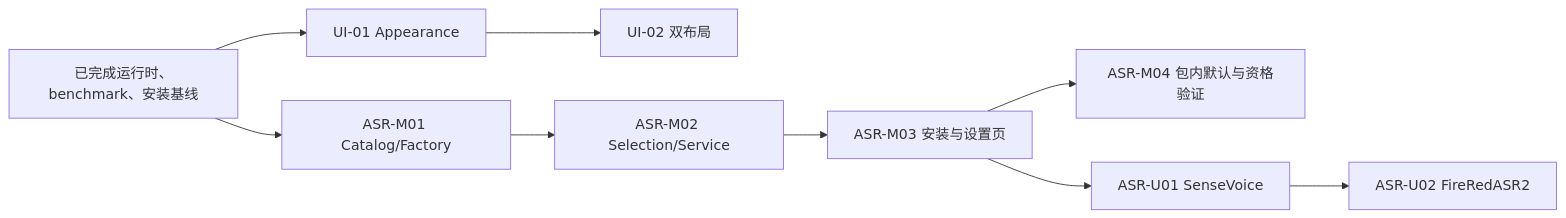
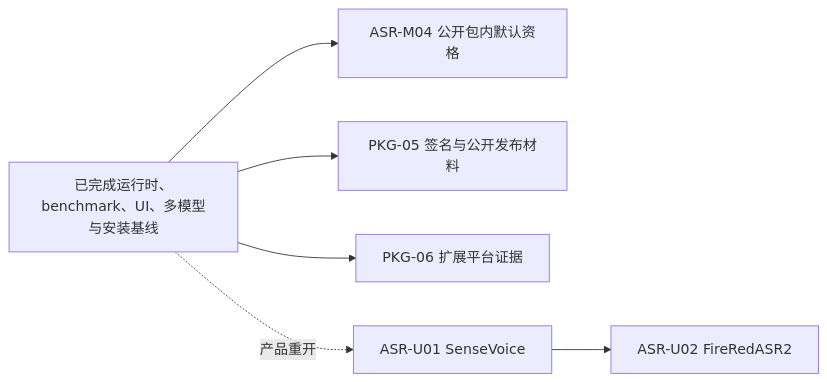
The diagram in docs/roadmap.md (morigejile/expression-trainer-pro), drawn with Mermaid before and after one commit. The commit also changed other lines of this file and 13 other files, not shown here.

First line of the commit message:
chore: align architecture docs and maintenance checks

````diff
--- a/docs/roadmap.md
+++ b/docs/roadmap.md
@@ -18,11 +18,8 @@
 ```mermaid
 flowchart LR
-  B[已完成运行时、benchmark、安装基线] --> UI1[UI-01 Appearance]
-  UI1 --> UI2[UI-02 双布局]
-  B --> M1[ASR-M01 Catalog/Factory]
-  M1 --> M2[ASR-M02 Selection/Service]
-  M2 --> M3[ASR-M03 安装与设置页]
-  M3 --> M4[ASR-M04 包内默认与资格验证]
-  M3 --> U1[ASR-U01 SenseVoice]
+  B[已完成运行时、benchmark、UI、多模型与安装基线] --> M4[ASR-M04 公开包内默认资格]
+  B --> P5[PKG-05 签名与公开发布材料]
+  B --> P6[PKG-06 扩展平台证据]
+  B -. 产品重开 .-> U1[ASR-U01 SenseVoice]
   U1 --> U2[ASR-U02 FireRedASR2]
 ```
````
